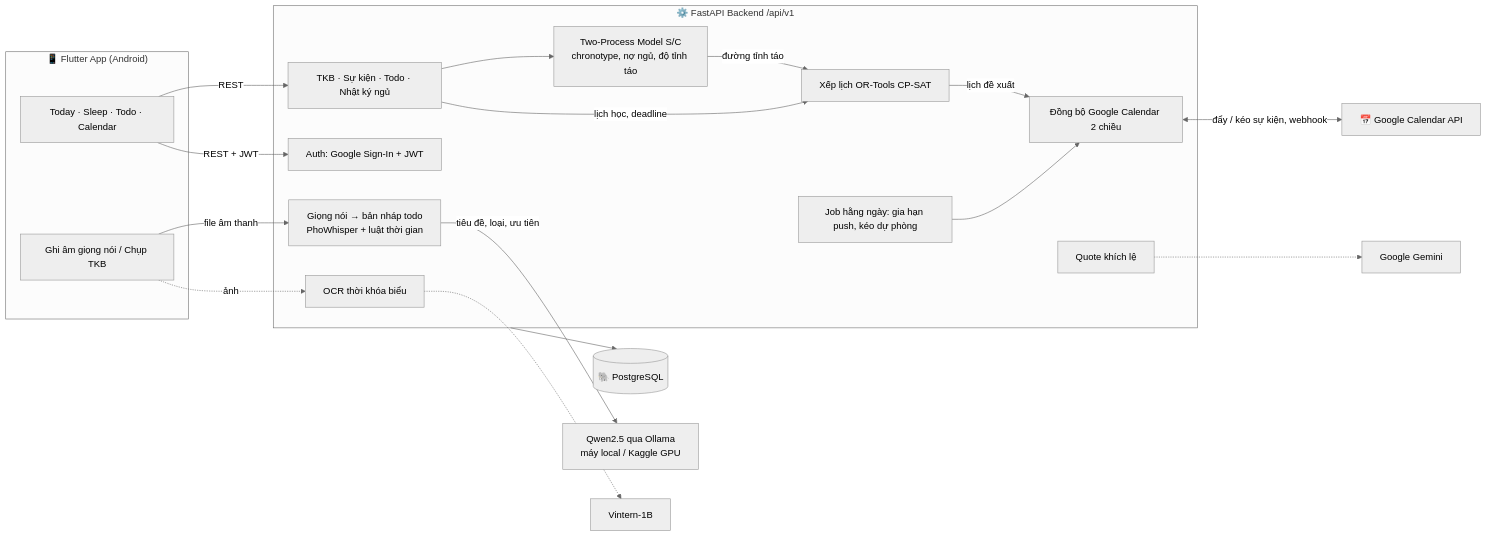
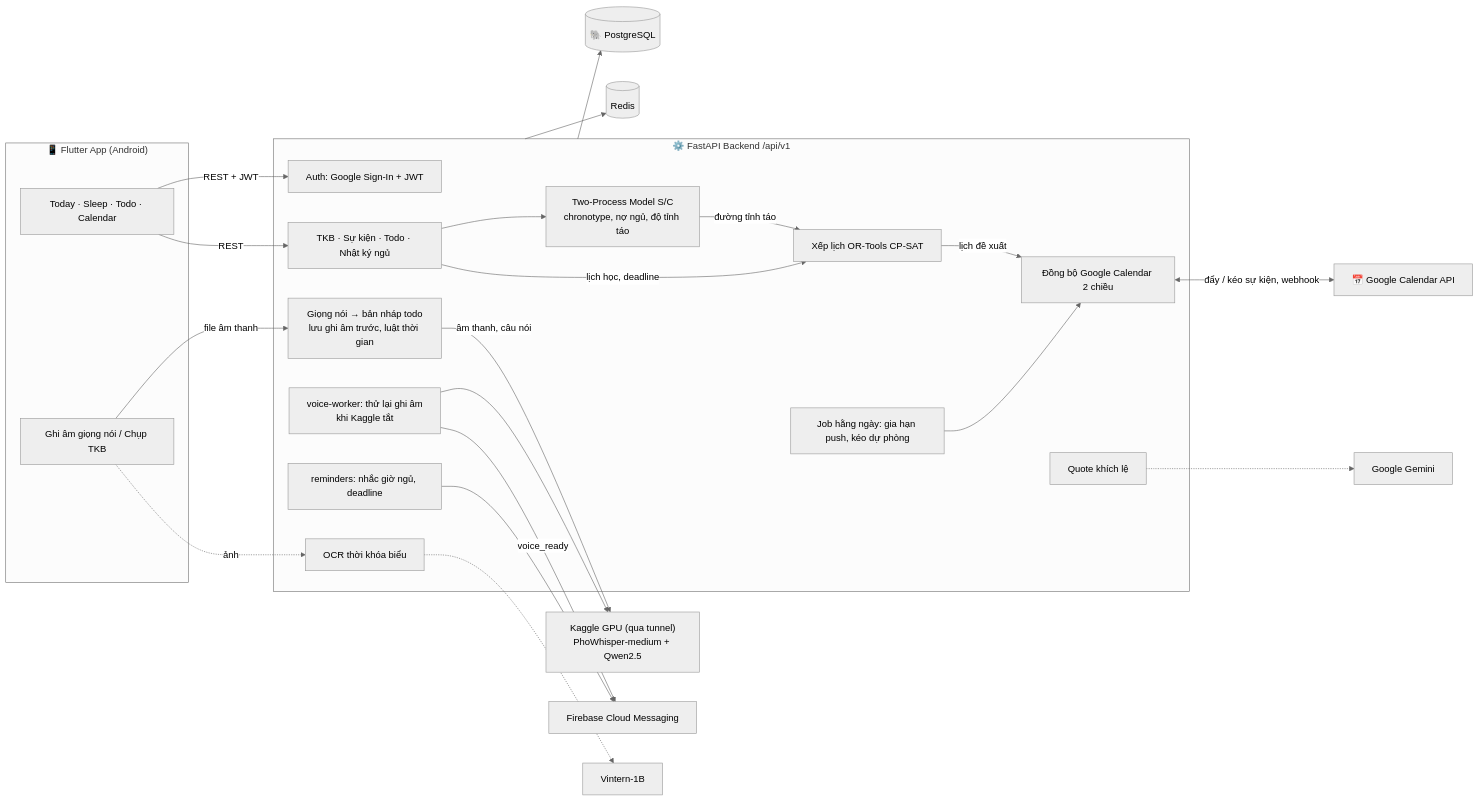
Before and after one commit to Znoywho/Recolly: the diagram in README.md, drawn with Mermaid (neutral theme). The commit also changed other lines of this file and 1 other file, not shown here.

Commit message:
Update README: Kaggle voice pipeline, voice queue, push reminders, Dozzle logs, compose services

````diff
--- a/README.md
+++ b/README.md
@@ -92,43 +96,51 @@
 ```mermaid
 flowchart LR
     subgraph APP["📱 Flutter App (Android)"]
         UI["Today · Sleep · Todo · Calendar"]
         IN["Ghi âm giọng nói / Chụp TKB"]
     end
 
     subgraph API["⚙️ FastAPI Backend /api/v1"]
         AUTH["Auth: Google Sign-In + JWT"]
         CRUD["TKB · Sự kiện · Todo · Nhật ký ngủ"]
         SLEEP["Two-Process Model S/C<br/>chronotype, nợ ngủ, độ tỉnh táo"]
         SCHED["Xếp lịch OR-Tools CP-SAT"]
         SYNC["Đồng bộ Google Calendar 2 chiều"]
         JOB["Job hằng ngày: gia hạn push, kéo dự phòng"]
-        VOICE["Giọng nói → bản nháp todo<br/>PhoWhisper + luật thời gian"]
+        VOICE["Giọng nói → bản nháp todo<br/>lưu ghi âm trước, luật thời gian"]
+        WORKER["voice-worker: thử lại ghi âm<br/>khi Kaggle tắt"]
+        REMIND["reminders: nhắc giờ ngủ, deadline"]
         OCR["OCR thời khóa biểu"]
         QUOTE["Quote khích lệ"]
     end
 
     DB[("🐘 PostgreSQL")]
     GCAL["📅 Google Calendar API"]
-    LLM["Qwen2.5 qua Ollama<br/>máy local / Kaggle GPU"]
+    KAGGLE["Kaggle GPU (qua tunnel)<br/>PhoWhisper-medium + Qwen2.5"]
+    REDIS[("Redis")]
+    FCM["Firebase Cloud Messaging"]
     VIN["Vintern-1B"]
     GEM["Google Gemini"]
 
     UI -->|REST + JWT| AUTH
     UI -->|REST| CRUD
     IN -->|file âm thanh| VOICE
     IN -.->|ảnh| OCR
 
     CRUD --> SLEEP
     SLEEP -->|đường tỉnh táo| SCHED
     CRUD -->|lịch học, deadline| SCHED
     SCHED -->|lịch đề xuất| SYNC
     SYNC <-->|đẩy / kéo sự kiện, webhook| GCAL
     JOB --> SYNC
 
-    VOICE -->|tiêu đề, loại, ưu tiên| LLM
+    VOICE -->|âm thanh, câu nói| KAGGLE
+    WORKER --> KAGGLE
+    WORKER -->|voice_ready| FCM
+    REMIND --> FCM
     OCR -.-> VIN
     QUOTE -.-> GEM
 
     API --> DB
+    API --> REDIS
 ```
````
